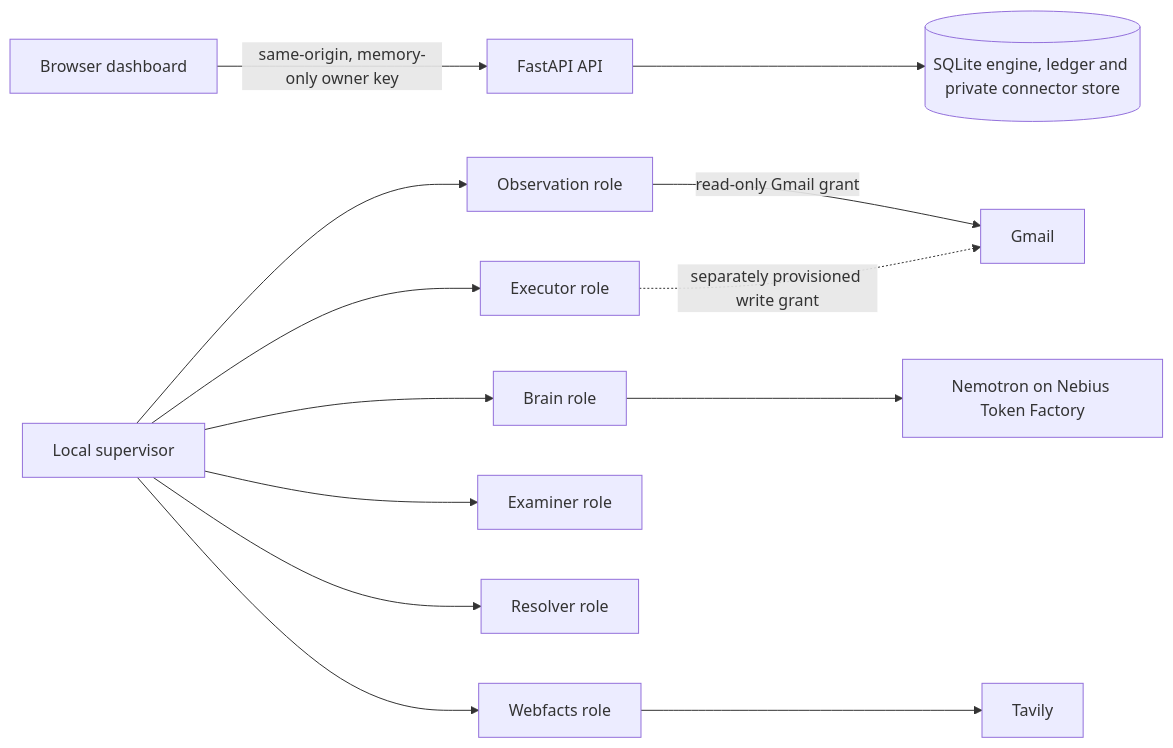
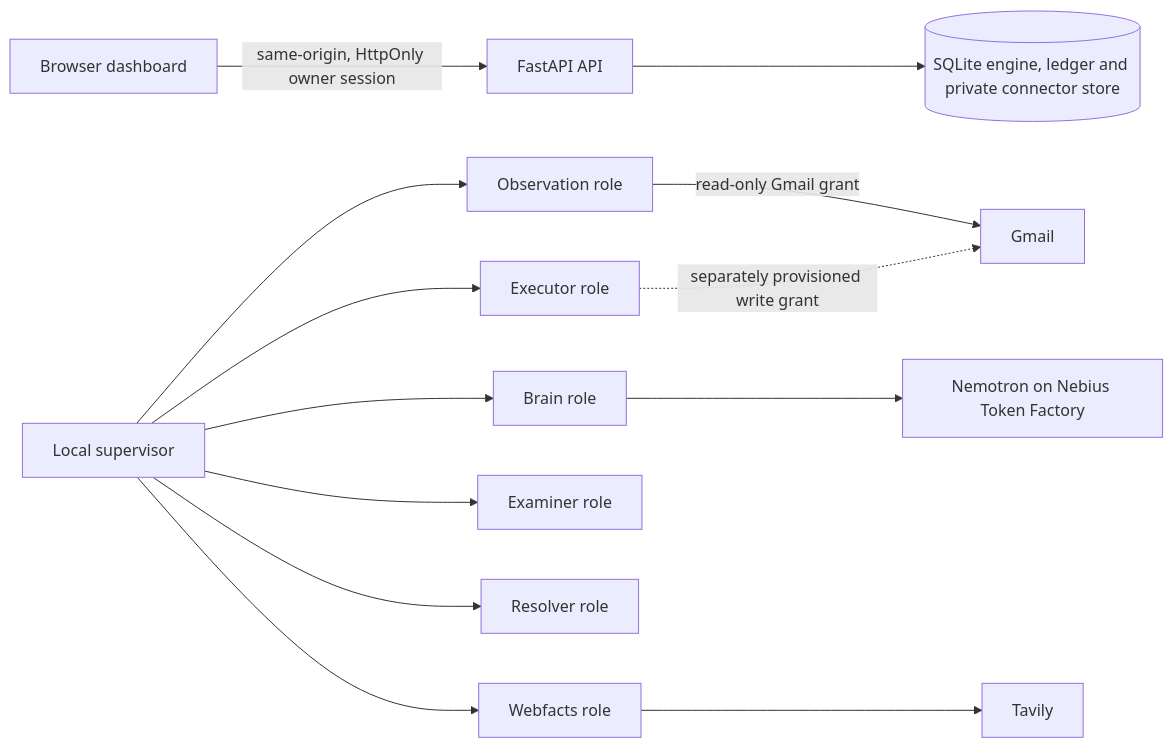
One commit to shaahir27/Probation changed the diagram in README.md. Above: the diagram before and after it, drawn with Mermaid. The commit also changed other lines of this file and 46 other files, not shown here.

````diff
--- a/README.md
+++ b/README.md
@@ -73,15 +73,15 @@
 ```mermaid
 flowchart LR
-  B[Browser dashboard] -->|same-origin, memory-only owner key| A[FastAPI API]
+  B[Browser dashboard] -->|same-origin, HttpOnly owner session| A[FastAPI API]
   A --> D[(SQLite engine, ledger and private connector store)]
   S[Local supervisor] --> O[Observation role]
   S --> BR[Brain role]
   S --> W[Webfacts role]
   S --> E[Examiner role]
   S --> R[Resolver role]
   S --> X[Executor role]
   O -->|read-only Gmail grant| G[Gmail]
   BR --> N[Nemotron on Nebius Token Factory]
   W --> T[Tavily]
   X -.->|separately provisioned write grant| G
 ```
````
